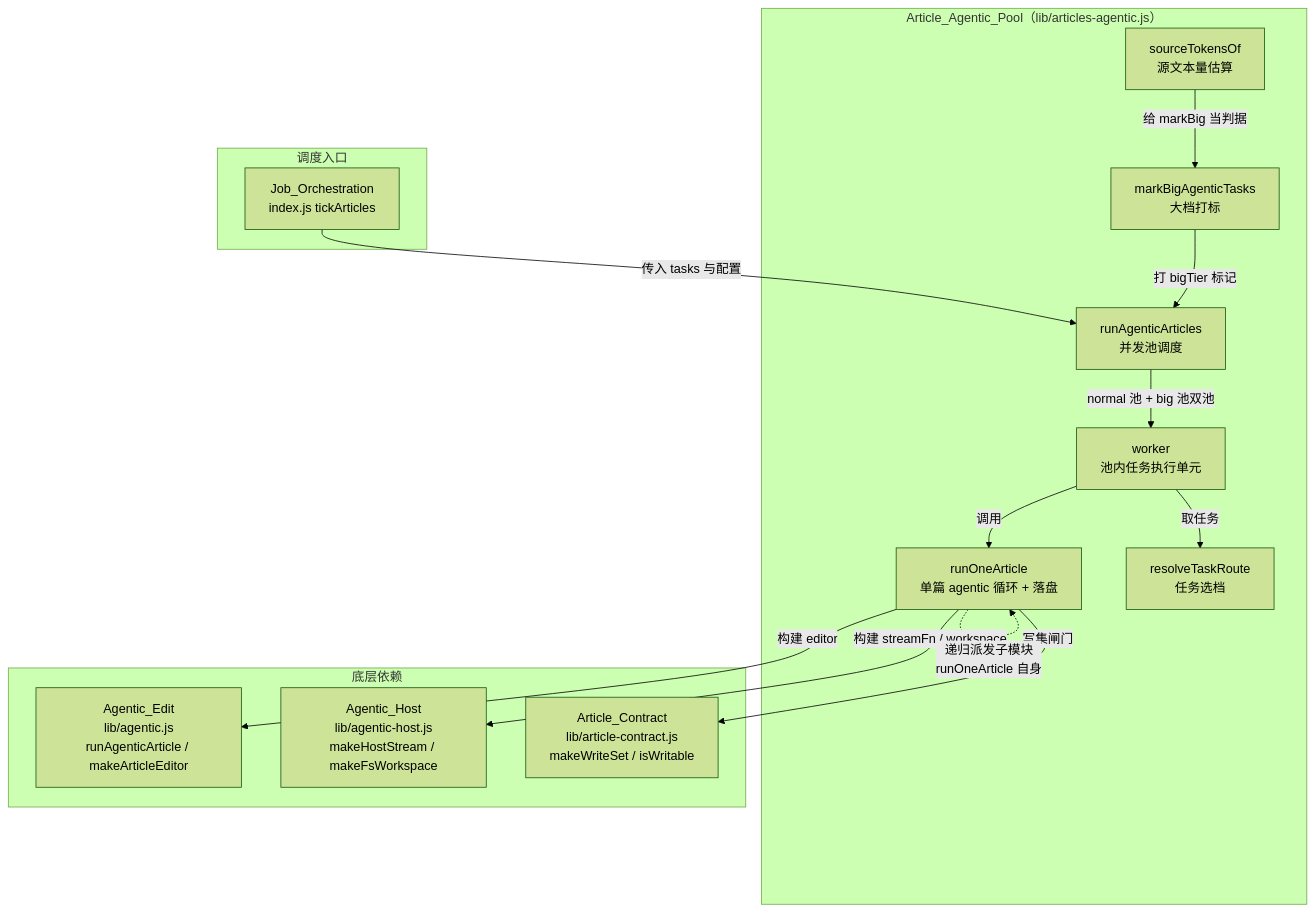
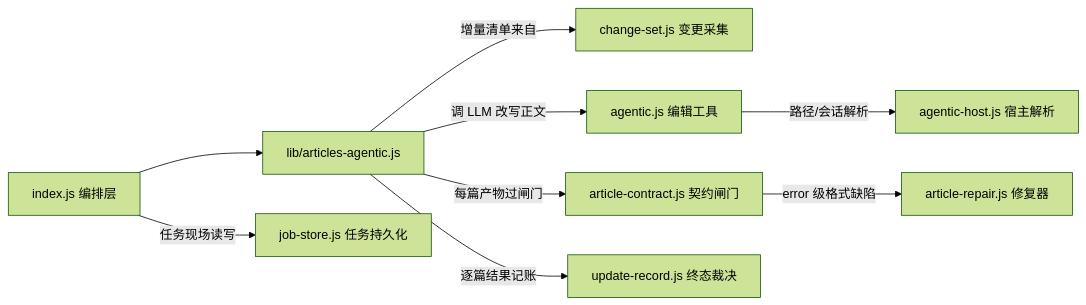
The third of 4 diagrams in .codewiki/_techdocs/docs/Article_Agentic_Pool.md (ikliml666/dsh-codewiki), drawn with Mermaid (forest theme) before and after one commit. The commit also changed other lines of this file and 70 other files, not shown here.

````diff
--- a/.codewiki/_techdocs/docs/Article_Agentic_Pool.md
+++ b/.codewiki/_techdocs/docs/Article_Agentic_Pool.md
@@ -25,32 +82,21 @@
 ```mermaid
-flowchart TB
-    subgraph 调度入口
-        ORCH["Job_Orchestration<br/>index.js tickArticles"]
-    end
+flowchart LR
+    AP["lib/articles-agentic.js"]
+    JO["index.js 编排层"]
+    CS["change-set.js 变更采集"]
+    AE["agentic.js 编辑工具"]
+    AH["agentic-host.js 宿主解析"]
+    AC["article-contract.js 契约闸门"]
+    AR["article-repair.js 修复器"]
+    UR["update-record.js 终态裁决"]
+    JS["job-store.js 任务持久化"]
 
-    subgraph 执行池["Article_Agentic_Pool（lib/articles-agentic.js）"]
-        RUNPOOL["runAgenticArticles<br/>并发池调度"]
-        WORKER["worker<br/>池内任务执行单元"]
-        RUNONE["runOneArticle<br/>单篇 agentic 循环 + 落盘"]
-        ROUTE["resolveTaskRoute<br/>任务选档"]
-        SIZE["sourceTokensOf<br/>源文本量估算"]
-        MARK["markBigAgenticTasks<br/>大档打标"]
-    end
-
-    subgraph 底层依赖
-        EDIT["Agentic_Edit<br/>lib/agentic.js<br/>runAgenticArticle / makeArticleEditor"]
-        HOST["Agentic_Host<br/>lib/agentic-host.js<br/>makeHostStream / makeFsWorkspace"]
-        CONTRACT["Article_Contract<br/>lib/article-contract.js<br/>makeWriteSet / isWritable"]
-    end
-
-    ORCH -->|"传入 tasks 与配置"| RUNPOOL
-    MARK -->|"打 bigTier 标记"| RUNPOOL
-    SIZE -->|"给 markBig 当判据"| MARK
-    RUNPOOL -->|"normal 池 + big 池双池"| WORKER
-    WORKER -->|"取任务"| ROUTE
-    WORKER -->|"调用"| RUNONE
-    RUNONE -->|"构建 editor"| EDIT
-    RUNONE -->|"构建 streamFn / workspace"| HOST
-    RUNONE -->|"写集闸门"| CONTRACT
-    RUNONE -.->|"递归派发子模块<br/>runOneArticle 自身"| RUNONE
+    JO --> AP
+    AP -->|"增量清单来自"| CS
+    AP -->|"调 LLM 改写正文"| AE
+    AE -->|"路径/会话解析"| AH
+    AP -->|"每篇产物过闸门"| AC
+    AC -->|"error 级格式缺陷"| AR
+    AP -->|"逐篇结果记账"| UR
+    JO -->|"任务现场读写"| JS
 ```
````
